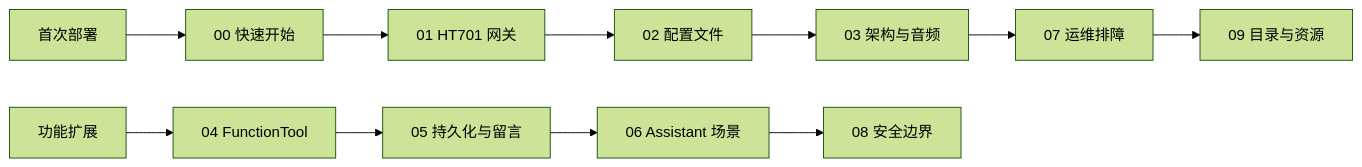
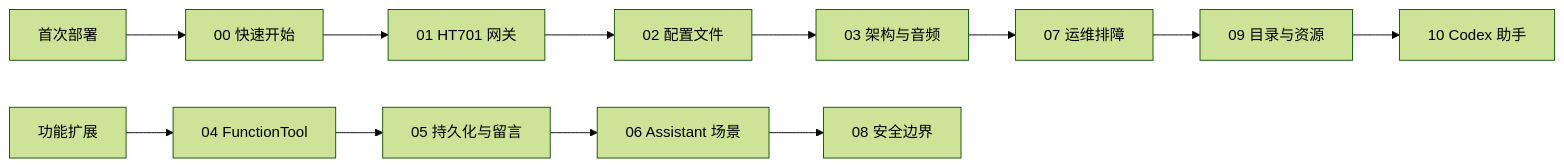
One commit to mm7h/Agent.Telephone changed the diagram in docs/README.md. Above: the diagram before and after it, drawn with Mermaid (forest theme). The commit also changed other lines of this file and 36 other files, not shown here.

````diff
--- a/docs/README.md
+++ b/docs/README.md
@@ -7,13 +7,14 @@
 ```mermaid
 flowchart LR
     A[首次部署] --> B[00 快速开始]
     B --> C[01 HT701 网关]
     C --> D[02 配置文件]
     D --> E[03 架构与音频]
     F[功能扩展] --> G[04 FunctionTool]
     G --> H[05 持久化与留言]
     H --> I[06 Assistant 场景]
     E --> J[07 运维排障]
     I --> K[08 安全边界]
     J --> L[09 目录与资源]
+    L --> M[10 Codex 助手]
 ```
````
